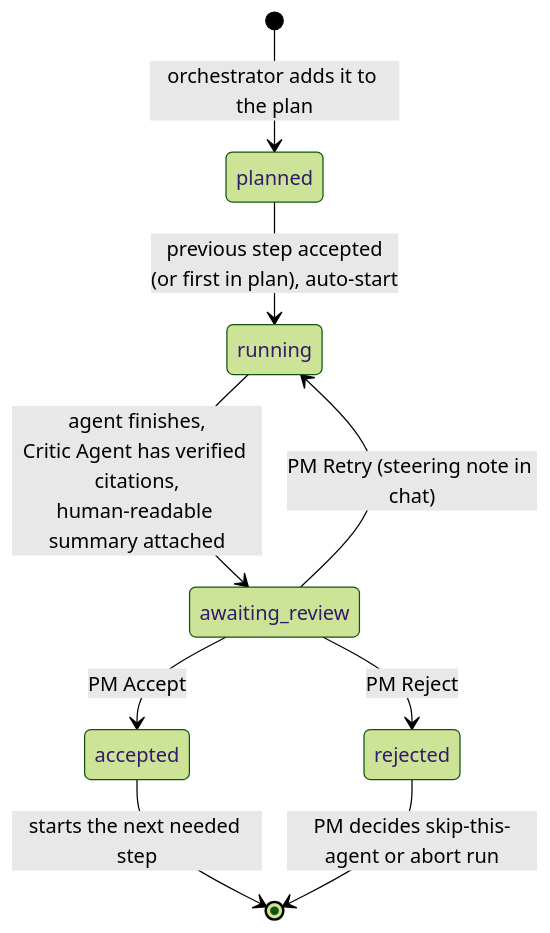
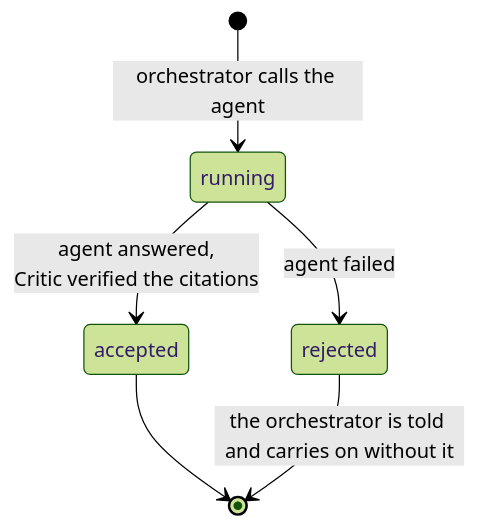
One commit to gabrielhansmann/attention_is_all_we_have changed the second of 3 diagrams in docs/architecture/02-orchestration-and-human-in-the-loop.md. Above: the diagram before and after it, drawn with Mermaid (forest theme). The commit also changed other lines of this file and 66 other files, not shown here.

````diff
--- a/docs/architecture/02-orchestration-and-human-in-the-loop.md
+++ b/docs/architecture/02-orchestration-and-human-in-the-loop.md
@@ -81,11 +65,8 @@
 ```mermaid
 stateDiagram-v2
-    [*] --> planned: orchestrator adds it to the plan
-    planned --> running: previous step accepted<br/>(or first in plan), auto-start
-    running --> awaiting_review: agent finishes,<br/>Critic Agent has verified citations,<br/>human-readable summary attached
-    awaiting_review --> accepted: PM Accept
-    awaiting_review --> running: PM Retry (steering note in chat)
-    awaiting_review --> rejected: PM Reject
-    accepted --> [*]: starts the next needed step
-    rejected --> [*]: PM decides skip-this-agent or abort run
+    [*] --> running: orchestrator calls the agent
+    running --> accepted: agent answered,<br/>Critic verified the citations
+    running --> rejected: agent failed
+    accepted --> [*]
+    rejected --> [*]: the orchestrator is told and carries on without it
 ```
````
